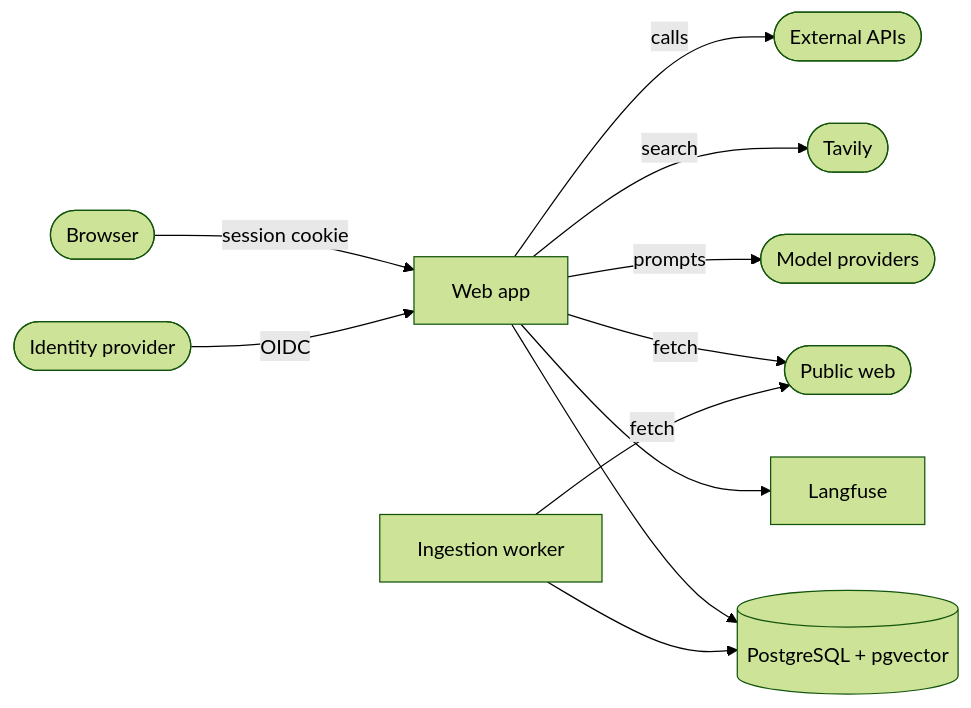
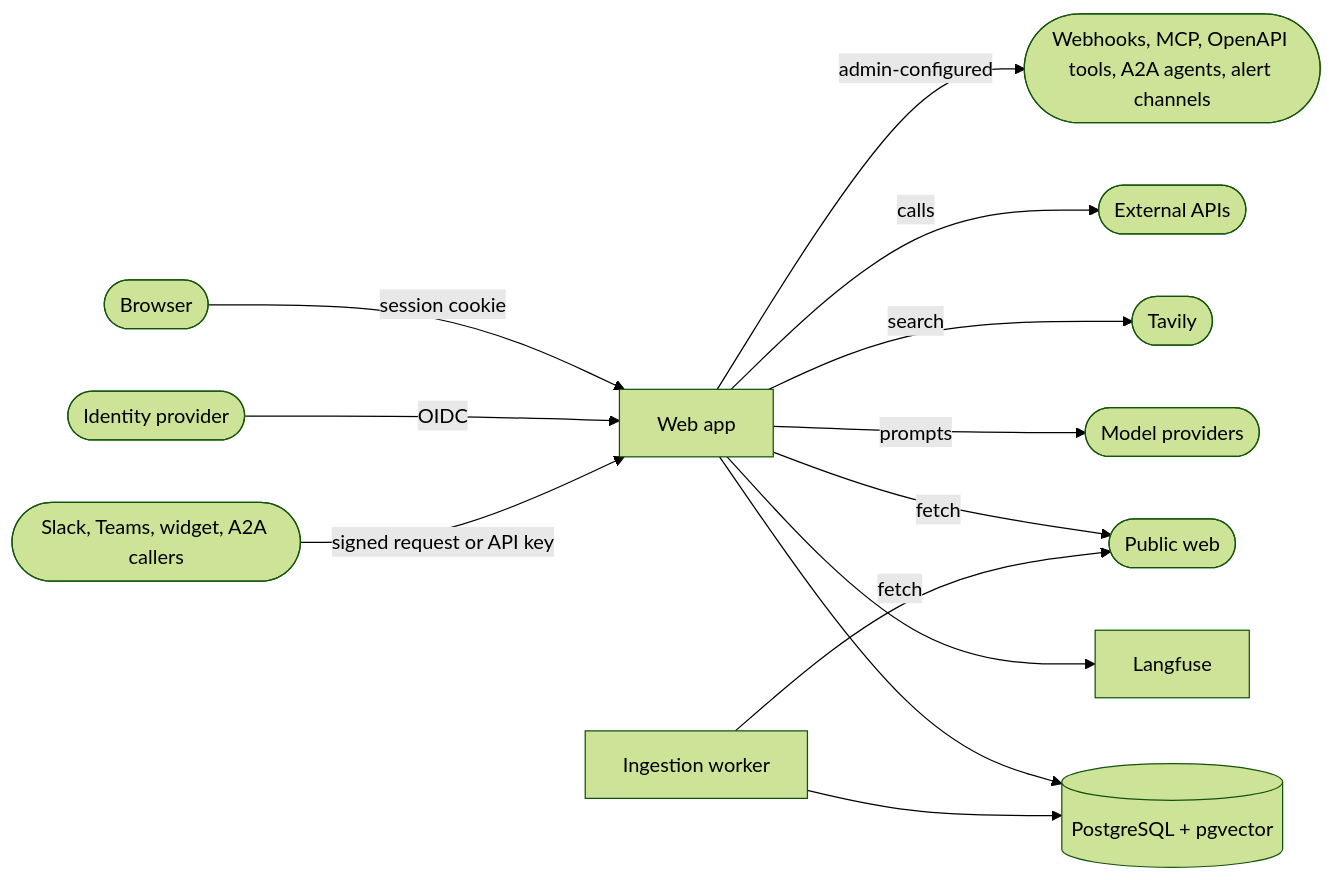
Before and after one commit to cherrydasika/ingenmind: the diagram in docs/security.md, drawn with Mermaid (forest theme). The commit also changed other lines of this file and 16 other files, not shown here.

````diff
--- a/docs/security.md
+++ b/docs/security.md
@@ -34,13 +37,15 @@
 ```mermaid
 flowchart LR
     B([Browser]) -- session cookie --> W[Web app]
     IDP([Identity provider]) -- OIDC --> W
     W --> DB[(PostgreSQL + pgvector)]
     W --> LF[Langfuse]
     W -- prompts --> M([Model providers])
     W -- search --> T([Tavily])
     W -- fetch --> WEB([Public web])
     W -- calls --> API([External APIs])
+    W -- admin-configured --> OUT([Webhooks, MCP, OpenAPI tools, A2A agents, alert channels])
+    CH([Slack, Teams, widget, A2A callers]) -- signed request or API key --> W
     WK[Ingestion worker] --> DB
     WK -- fetch --> WEB
 ```
````
